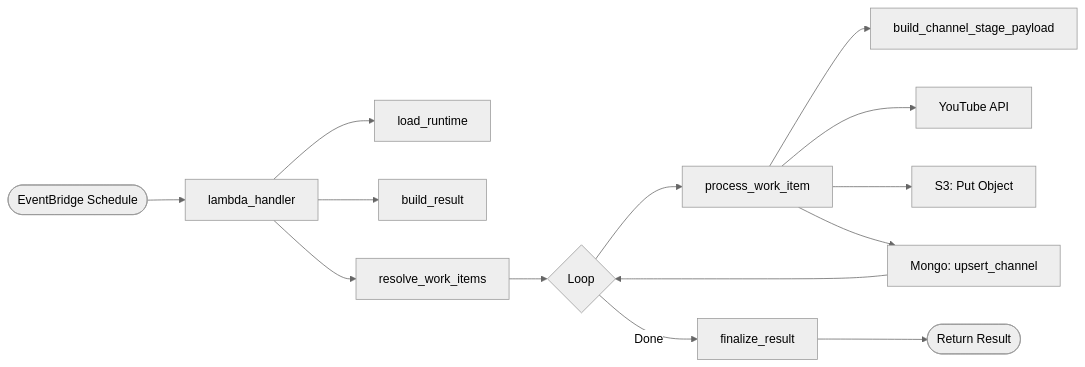
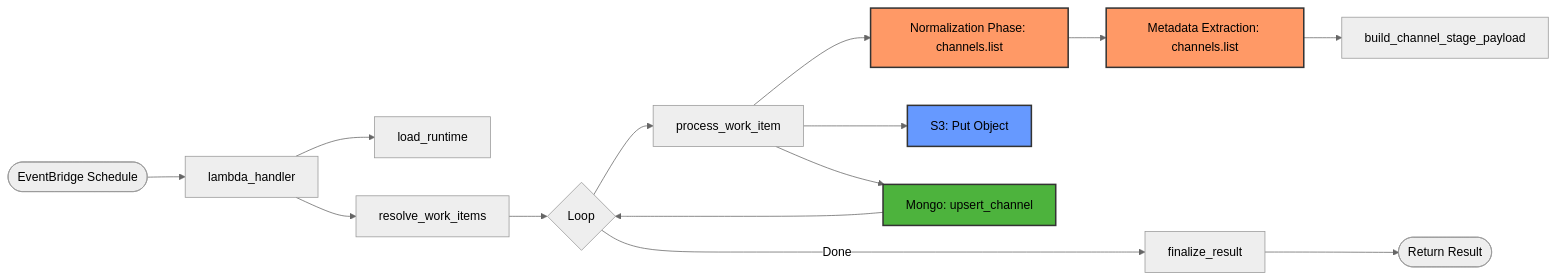
The first of 3 diagrams in channel_lambda/README.md (kaushalkrishna2000/youtube-bot-analytics), drawn with Mermaid (neutral theme) before and after one commit. The commit also changed other lines of this file and 3 other files, not shown here.

Commit message:
Update README files to reflect detailed execution flow, added enriched client-specific diagrams, enhanced YouTube API phase descriptions, and streamlined MongoDB persistence logic

````diff
--- a/channel_lambda/README.md
+++ b/channel_lambda/README.md
@@ -7,16 +7,22 @@
 ```mermaid
 graph LR
     Start([EventBridge Schedule]) --> LH[lambda_handler]
     LH --> LR[load_runtime]
-    LH --> BR[build_result]
     LH --> RWI[resolve_work_items]
     RWI --> Loop{Loop}
     Loop --> PWI[process_work_item]
-    PWI --> BCSP[build_channel_stage_payload]
-    PWI --> YT[YouTube API]
-    PWI --> S3[S3: Put Object]
-    PWI --> MW[Mongo: upsert_channel]
+    PWI --> Norm[Normalization Phase: channels.list]:::youtube
+    Norm --> Meta[Metadata Extraction: channels.list]:::youtube
+    Meta --> BCSP[build_channel_stage_payload]
+    PWI --> S3[S3: Put Object]:::s3
+    PWI --> MW[Mongo: upsert_channel]:::mongodb
     MW --> Loop
-    Loop -- Done --> FR[finalize_result]
+    
+    %% Termination path at the bottom
+    Loop -- Done ----> FR[finalize_result]
     FR --> End([Return Result])
+
+    classDef youtube fill:#f96,stroke:#333,stroke-width:2px;
+    classDef s3 fill:#69f,stroke:#333,stroke-width:2px;
+    classDef mongodb fill:#4db33d,stroke:#333,stroke-width:2px;
 ```
````
